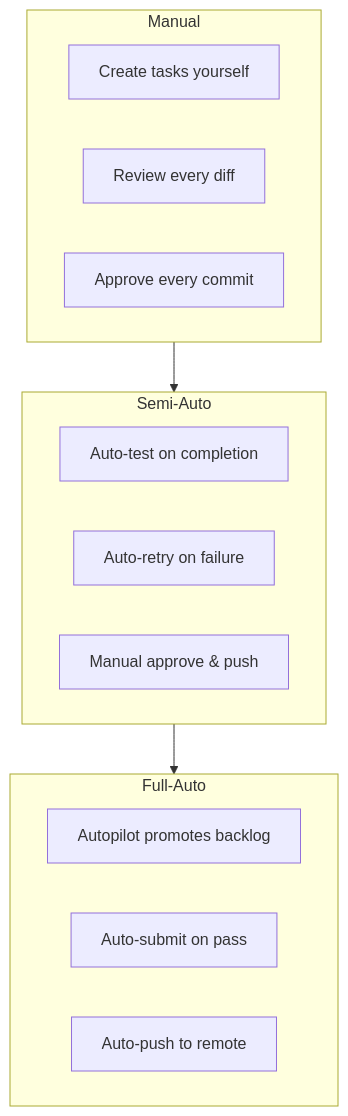
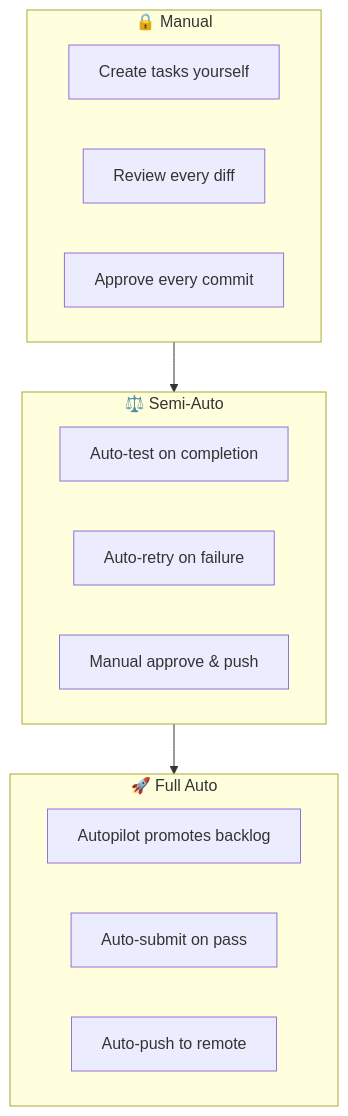
Before and after one commit to changkun/wallfacer: the second of 2 diagrams in docs/guide/autonomy-spectrum.md, drawn with Mermaid. The commit also changed other lines of this file, not shown here.

Commit message:
docs: restore emojis in autonomy spectrum mermaid diagrams

````diff
--- a/docs/guide/autonomy-spectrum.md
+++ b/docs/guide/autonomy-spectrum.md
@@ -48,19 +48,19 @@
 ```mermaid
 graph TD
-  subgraph Manual
+  subgraph Manual["🔒 Manual"]
     M1["Create tasks yourself"]
     M2["Review every diff"]
     M3["Approve every commit"]
   end
-  subgraph Semi-Auto
+  subgraph Semi["⚖️ Semi-Auto"]
     S1["Auto-test on completion"]
     S2["Auto-retry on failure"]
     S3["Manual approve & push"]
   end
-  subgraph Full-Auto
+  subgraph Full["🚀 Full Auto"]
     F1["Autopilot promotes backlog"]
     F2["Auto-submit on pass"]
     F3["Auto-push to remote"]
   end
-  Manual --> Semi-Auto --> Full-Auto
+  Manual --> Semi --> Full
 ```
````
